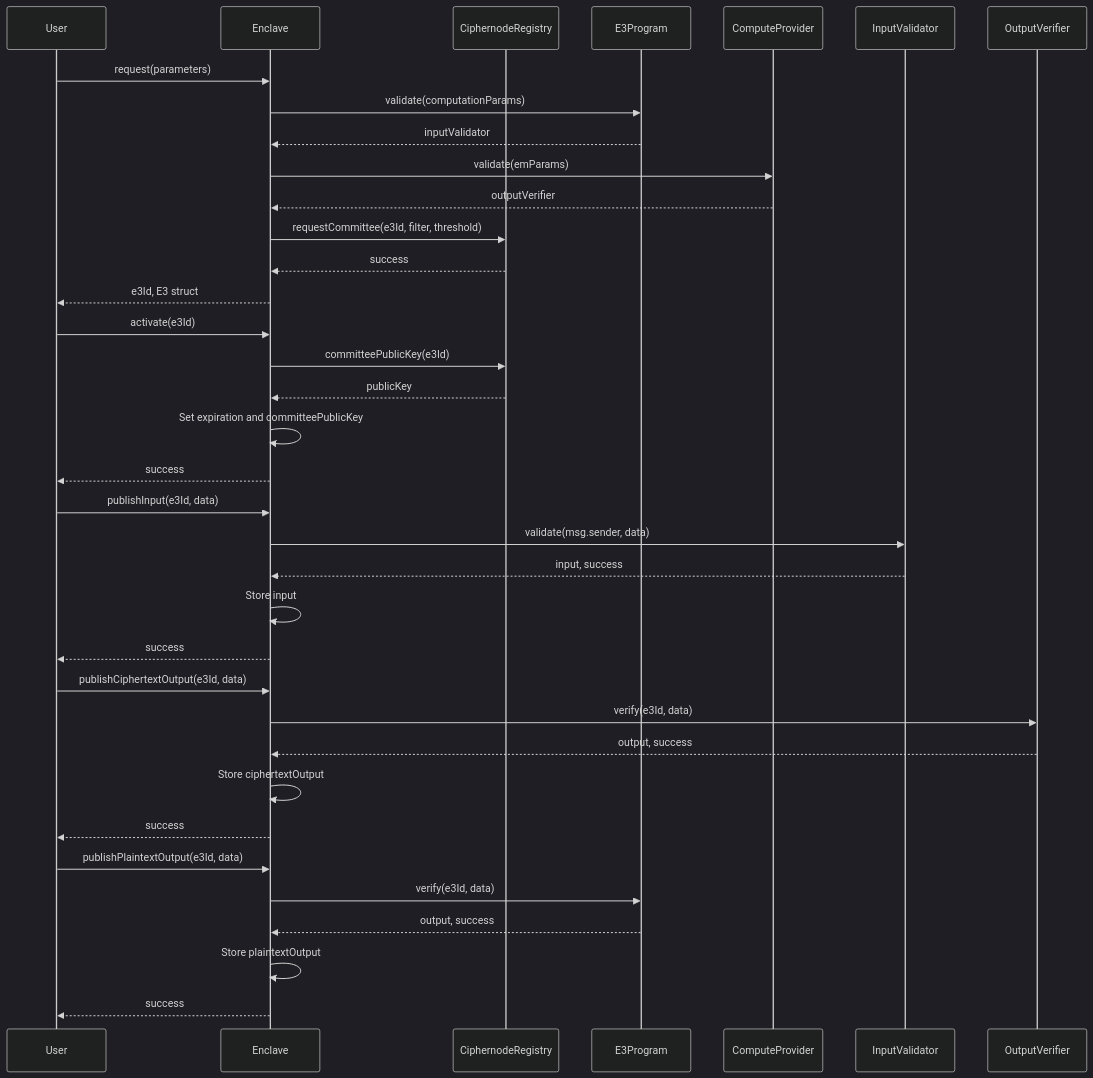
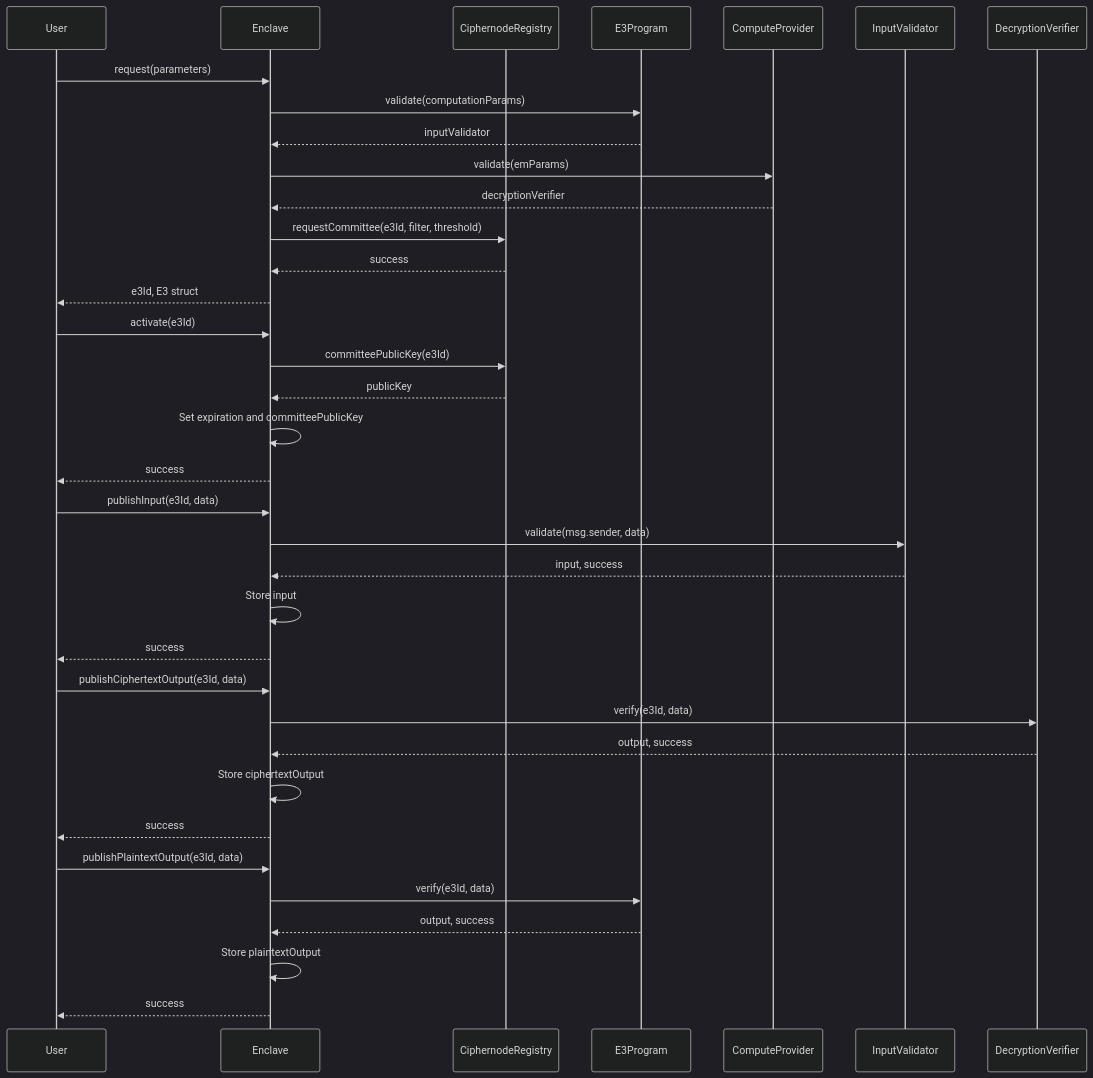
Before and after one commit to gnosisguild/enclave: the third of 3 diagrams in README.md, drawn with Mermaid (dark theme). The commit also changed other lines of this file and 9 other files, not shown here.

Commit message:
chore: rename OutputVerifier to DycryptionVerifier

````diff
--- a/README.md
+++ b/README.md
@@ -92,43 +92,43 @@
 ```mermaid
 sequenceDiagram
     participant User
     participant Enclave
     participant CiphernodeRegistry
     participant E3Program
     participant ComputeProvider
     participant InputValidator
-    participant OutputVerifier
+    participant DecryptionVerifier
 
     User->>Enclave: request(parameters)
     Enclave->>E3Program: validate(computationParams)
     E3Program-->>Enclave: inputValidator
     Enclave->>ComputeProvider: validate(emParams)
-    ComputeProvider-->>Enclave: outputVerifier
+    ComputeProvider-->>Enclave: decryptionVerifier
     Enclave->>CiphernodeRegistry: requestCommittee(e3Id, filter, threshold)
     CiphernodeRegistry-->>Enclave: success
     Enclave-->>User: e3Id, E3 struct
 
     User->>Enclave: activate(e3Id)
     Enclave->>CiphernodeRegistry: committeePublicKey(e3Id)
     CiphernodeRegistry-->>Enclave: publicKey
     Enclave->>Enclave: Set expiration and committeePublicKey
     Enclave-->>User: success
 
     User->>Enclave: publishInput(e3Id, data)
     Enclave->>InputValidator: validate(msg.sender, data)
     InputValidator-->>Enclave: input, success
     Enclave->>Enclave: Store input
     Enclave-->>User: success
 
     User->>Enclave: publishCiphertextOutput(e3Id, data)
-    Enclave->>OutputVerifier: verify(e3Id, data)
-    OutputVerifier-->>Enclave: output, success
+    Enclave->>DecryptionVerifier: verify(e3Id, data)
+    DecryptionVerifier-->>Enclave: output, success
     Enclave->>Enclave: Store ciphertextOutput
     Enclave-->>User: success
 
     User->>Enclave: publishPlaintextOutput(e3Id, data)
     Enclave->>E3Program: verify(e3Id, data)
     E3Program-->>Enclave: output, success
     Enclave->>Enclave: Store plaintextOutput
     Enclave-->>User: success
 ```
````
